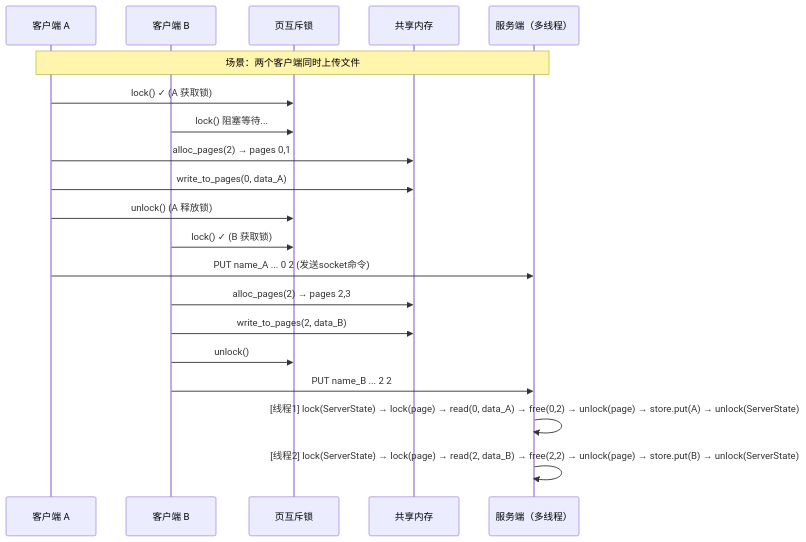
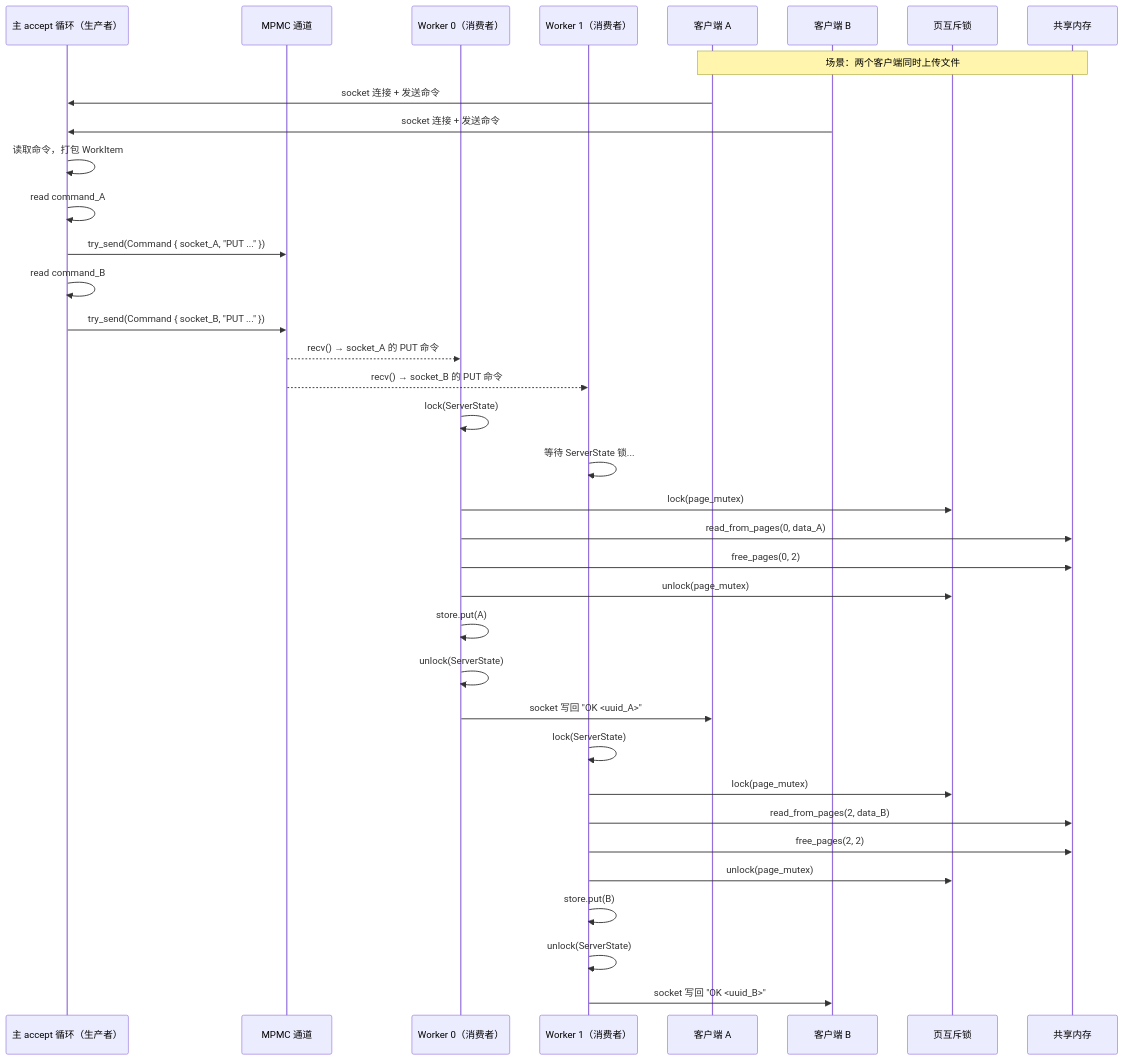
Before and after one commit to Faye-bit/MiniOS_CUG_SE_OS: the eighth of 8 diagrams in MiniOS_Architecture_Guide.md, drawn with Mermaid. The commit also changed other lines of this file and 4 other files, not shown here.

First line of the commit message:
feat: implement MPMC worker pool model for request processing

````diff
--- a/MiniOS_Architecture_Guide.md
+++ b/MiniOS_Architecture_Guide.md
@@ -812,26 +876,45 @@
 ```mermaid
 sequenceDiagram
+    participant MAIN as 主 accept 循环（生产者）
+    participant CHAN as MPMC 通道
+    participant W1 as Worker 0（消费者）
+    participant W2 as Worker 1（消费者）
     participant C1 as 客户端 A
     participant C2 as 客户端 B
     participant MUTEX as 页互斥锁
     participant SHM as 共享内存
-    participant SRV as 服务端（多线程）
 
-    Note over C1,SRV: 场景：两个客户端同时上传文件
+    Note over C1,SHM: 场景：两个客户端同时上传文件
 
-    C1->>MUTEX: lock() ✓ (A 获取锁)
-    C2->>MUTEX: lock() 阻塞等待...
-    C1->>SHM: alloc_pages(2) → pages 0,1
-    C1->>SHM: write_to_pages(0, data_A)
-    C1->>MUTEX: unlock() (A 释放锁)
-    C2->>MUTEX: lock() ✓ (B 获取锁)
-    C1->>SRV: PUT name_A ... 0 2 (发送socket命令)
+    C1->>MAIN: socket 连接 + 发送命令
+    C2->>MAIN: socket 连接 + 发送命令
 
-    C2->>SHM: alloc_pages(2) → pages 2,3
-    C2->>SHM: write_to_pages(2, data_B)
-    C2->>MUTEX: unlock()
-    C2->>SRV: PUT name_B ... 2 2
+    MAIN->>MAIN: 读取命令，打包 WorkItem
+    MAIN->>MAIN: read command_A
+    MAIN->>CHAN: try_send(Command { socket_A, "PUT ..." })
+    MAIN->>MAIN: read command_B
+    MAIN->>CHAN: try_send(Command { socket_B, "PUT ..." })
 
-    SRV->>SRV: [线程1] lock(ServerState) → lock(page) → read(0, data_A) → free(0,2) → unlock(page) → store.put(A) → unlock(ServerState)
-    SRV->>SRV: [线程2] lock(ServerState) → lock(page) → read(2, data_B) → free(2,2) → unlock(page) → store.put(B) → unlock(ServerState)
+    CHAN-->>W1: recv() → socket_A 的 PUT 命令
+    CHAN-->>W2: recv() → socket_B 的 PUT 命令
+
+    W1->>W1: lock(ServerState)
+    W2->>W2: 等待 ServerState 锁...
+
+    W1->>MUTEX: lock(page_mutex)
+    W1->>SHM: read_from_pages(0, data_A)
+    W1->>SHM: free_pages(0, 2)
+    W1->>MUTEX: unlock(page_mutex)
+    W1->>W1: store.put(A)
+    W1->>W1: unlock(ServerState)
+    W1->>C1: socket 写回 "OK <uuid_A>"
+
+    W2->>W2: lock(ServerState)
+    W2->>MUTEX: lock(page_mutex)
+    W2->>SHM: read_from_pages(2, data_B)
+    W2->>SHM: free_pages(2, 2)
+    W2->>MUTEX: unlock(page_mutex)
+    W2->>W2: store.put(B)
+    W2->>W2: unlock(ServerState)
+    W2->>C2: socket 写回 "OK <uuid_B>"
 ```
````
